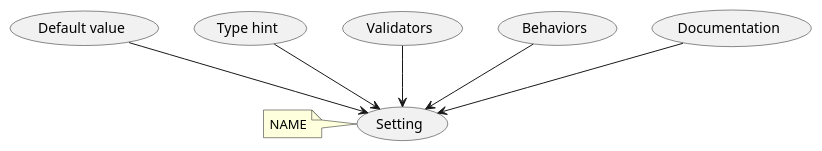
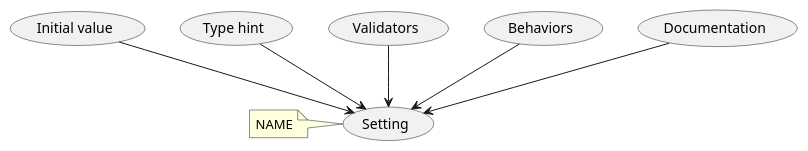
One commit to BasicWolf/archived-concrete-settings changed the diagram in docs/src/advanced.rst. Above: the diagram before and after it, drawn with PlantUML. The commit also changed other lines of this file and 4 other files, not shown here.

Commit message:
Rename 'default value' -> 'initial value'

```diff
--- a/docs/src/advanced.rst
+++ b/docs/src/advanced.rst
@@ -41,12 +41,12 @@
 .. uml::
    :align: center
 
    @startuml
-   (Default value) --> (Setting)
+   (Initial value) --> (Setting)
    (Type hint) --> (Setting)
    (Validators) --> (Setting)
    (Behaviors) --> (Setting)
    (Documentation) --> (Setting)
 
    note left of (Setting) : NAME
    @enduml
```
